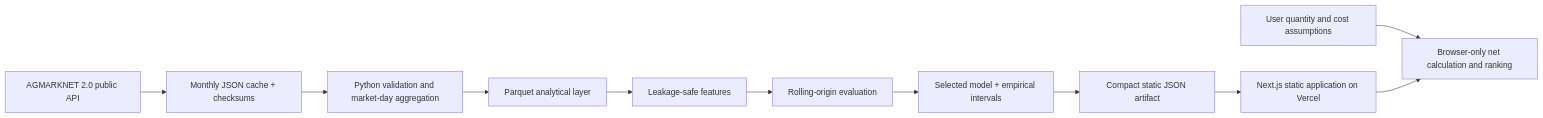
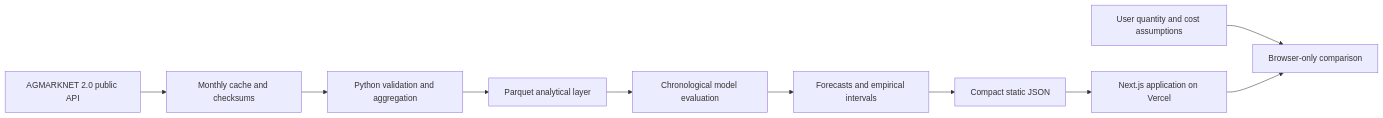
One commit to heybadrinath/MandiLens changed the diagram in README.md. Above: the diagram before and after it, drawn with Mermaid. The commit also changed other lines of this file and 2 other files, not shown here.

````diff
--- a/README.md
+++ b/README.md
@@ -103,13 +110,12 @@
 ```mermaid
 flowchart LR
-    A["AGMARKNET 2.0 public API"] --> B["Monthly JSON cache + checksums"]
-    B --> C["Python validation and market-day aggregation"]
+    A["AGMARKNET 2.0 public API"] --> B["Monthly cache and checksums"]
+    B --> C["Python validation and aggregation"]
     C --> D["Parquet analytical layer"]
-    D --> E["Leakage-safe features"]
-    E --> F["Rolling-origin evaluation"]
-    F --> G["Selected model + empirical intervals"]
-    G --> H["Compact static JSON artifact"]
-    H --> I["Next.js static application on Vercel"]
-    U["User quantity and cost assumptions"] --> J["Browser-only net calculation and ranking"]
-    I --> J
+    D --> E["Chronological model evaluation"]
+    E --> F["Forecasts and empirical intervals"]
+    F --> G["Compact static JSON"]
+    G --> H["Next.js application on Vercel"]
+    U["User quantity and cost assumptions"] --> I["Browser-only comparison"]
+    H --> I
 ```
````
